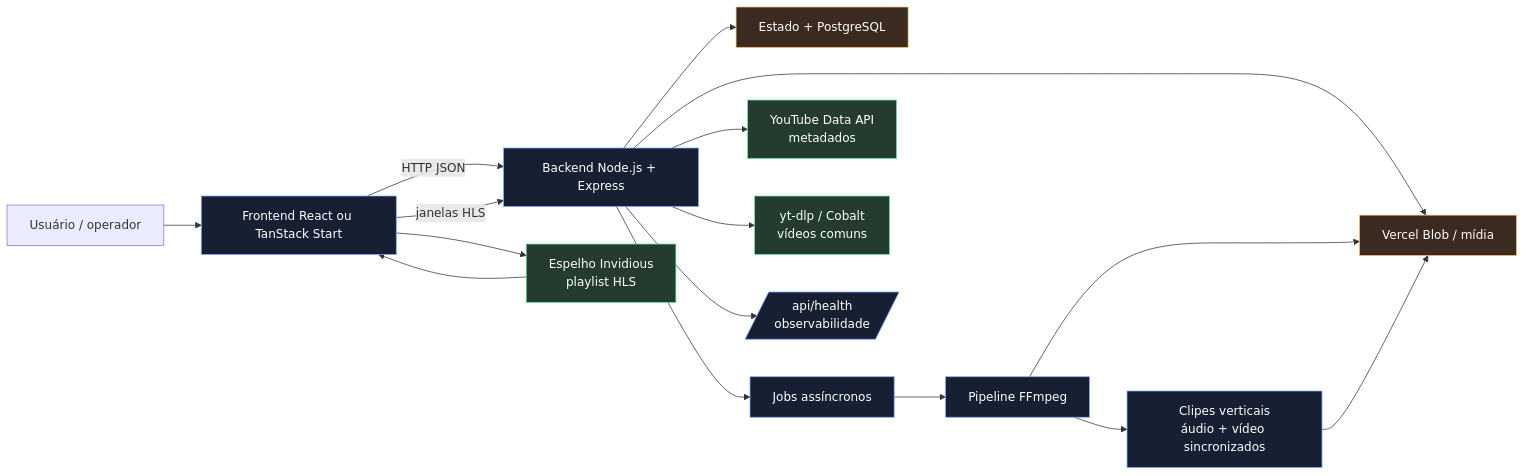
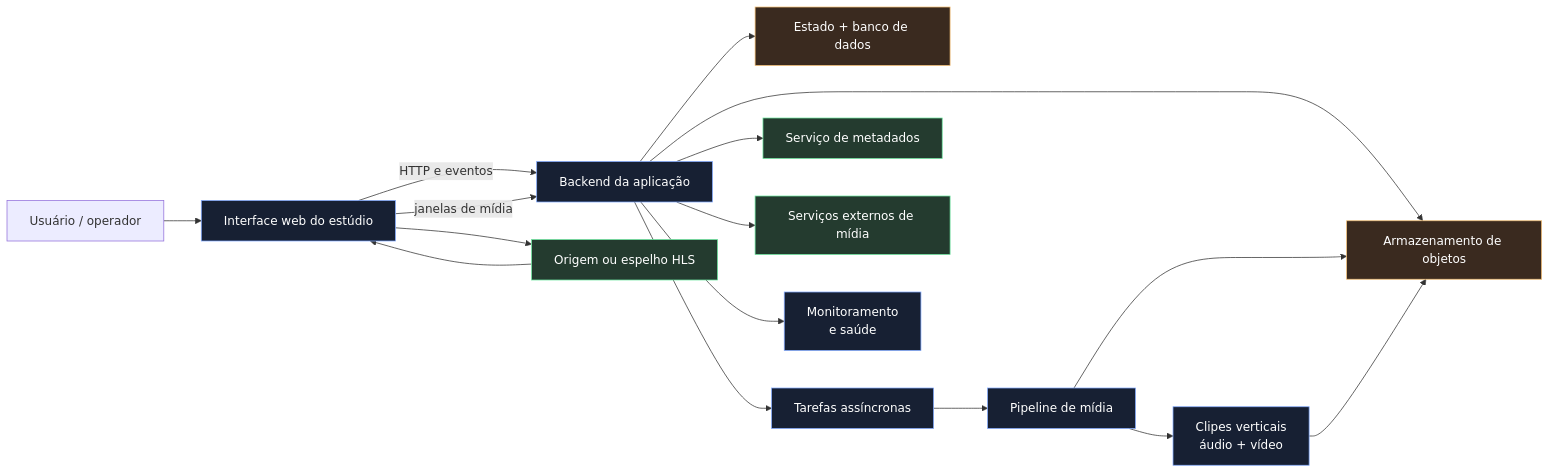
The diagram in docs/KAKASHIHUB_ARQUITETURA.mmd (popovidismarcoantonionista-lang/kakashihub), drawn with Mermaid before and after one commit. The commit also changed 3 other files, not shown here.

```diff
--- a/docs/KAKASHIHUB_ARQUITETURA.mmd
+++ b/docs/KAKASHIHUB_ARQUITETURA.mmd
@@ -1,23 +1,23 @@
 flowchart LR
-  U[Usuário / operador] --> FE[Frontend React ou TanStack Start]
-  FE -->|HTTP JSON| API[Backend Node.js + Express]
-  FE -->|janelas HLS| API
-  API --> STORE[Estado + PostgreSQL]
-  API --> MEDIA[Vercel Blob / mídia]
-  API --> JOBS[Jobs assíncronos]
-  JOBS --> PIPE[Pipeline FFmpeg]
+  U[Usuário / operador] --> FE[Interface web do estúdio]
+  FE -->|HTTP e eventos| API[Backend da aplicação]
+  FE -->|janelas de mídia| API
+  API --> STORE[Estado + banco de dados]
+  API --> MEDIA[Armazenamento de objetos]
+  API --> JOBS[Tarefas assíncronas]
+  JOBS --> PIPE[Pipeline de mídia]
   PIPE --> MEDIA
-  API --> YT[YouTube Data API<br/>metadados]
-  FE --> MIRROR[Espelho Invidious<br/>playlist HLS]
-  MIRROR --> FE
-  API --> EXT[yt-dlp / Cobalt<br/>vídeos comuns]
-  PIPE --> OUT[Clipes verticais<br/>áudio + vídeo sincronizados]
+  API --> META[Serviço de metadados]
+  FE --> HLS[Origem ou espelho HLS]
+  HLS --> FE
+  API --> EXT[Serviços externos de mídia]
+  PIPE --> OUT[Clipes verticais<br/>áudio + vídeo]
   OUT --> MEDIA
-  API --> HEALTH[/api/health<br/>observabilidade/]
+  API --> HEALTH[Monitoramento<br/>e saúde]
 
   classDef app fill:#172033,stroke:#82aaff,color:#fff
   classDef ext fill:#243b2f,stroke:#6ee7a0,color:#fff
   classDef data fill:#3a2a1f,stroke:#f6c177,color:#fff
   class FE,API,JOBS,PIPE,OUT,HEALTH app
-  class YT,MIRROR,EXT ext
+  class META,HLS,EXT ext
   class STORE,MEDIA data
```
